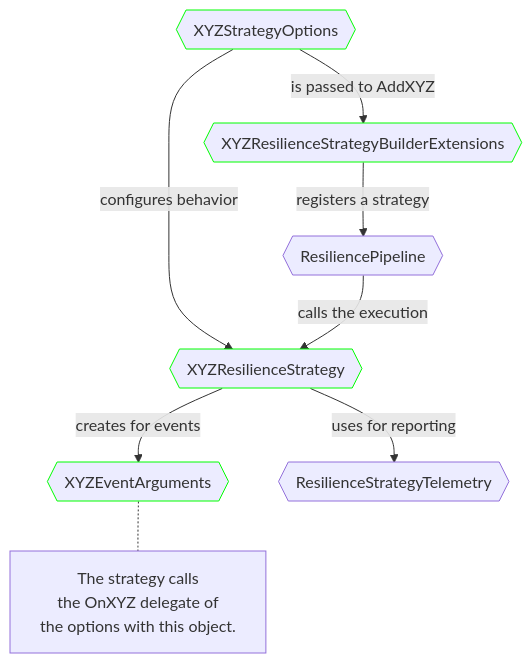
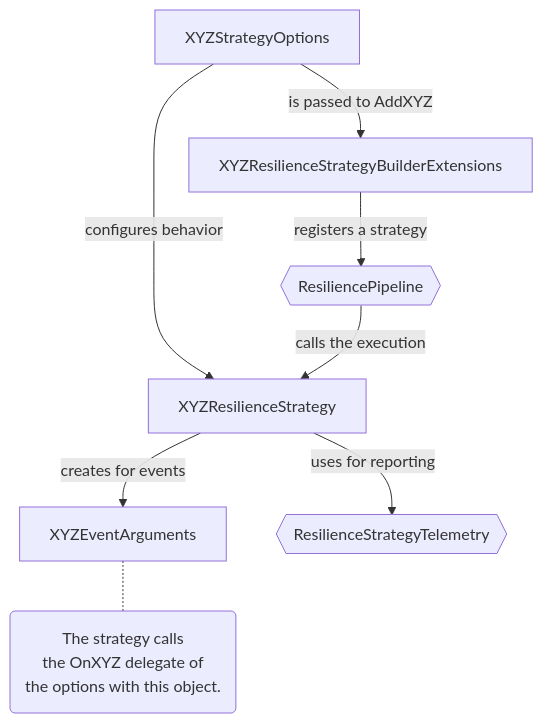
One commit to App-vNext/Polly changed the diagram in docs/extensibility/index.md. Above: the diagram before and after it, drawn with Mermaid. The commit also changed other lines of this file, not shown here.

Commit message:
Update diagram based on feedback

````diff
--- a/docs/extensibility/index.md
+++ b/docs/extensibility/index.md
@@ -29,30 +29,23 @@
 ```mermaid
 flowchart
-    options{{XYZStrategyOptions}}
-    style options stroke:#0f0
-
-    builder{{XYZResilienceStrategyBuilderExtensions}}
-    style builder stroke:#0f0
-
-    strategy{{XYZResilienceStrategy}}
-    style strategy stroke:#0f0
-
-    args{{XYZEventArguments}}
-    style args stroke:#0f0
+    options[XYZStrategyOptions]
+    builder[XYZResilienceStrategyBuilderExtensions]
+    strategy[XYZResilienceStrategy]
+    args[XYZEventArguments]
 
     telemetry{{ResilienceStrategyTelemetry}}
     pipeline{{ResiliencePipeline}}
 
     options -- is passed to AddXYZ  --> builder
     builder -- registers a strategy --> pipeline
     options -- configures behavior --> strategy
 
     pipeline -- calls the execution --> strategy
 
     strategy -- creates for events --> args
     strategy -- uses for reporting --> telemetry
 
     %% a workaround to add note (currently only sequence diagram supports notes)
     %% https://github.com/mermaid-js/mermaid/issues/821
-    args -.- note[The strategy calls<br/>the OnXYZ delegate of<br/> the options with this object.]
+    args -.- note(The strategy calls<br/>the OnXYZ delegate of<br/> the options with this object.)
 ```
````
